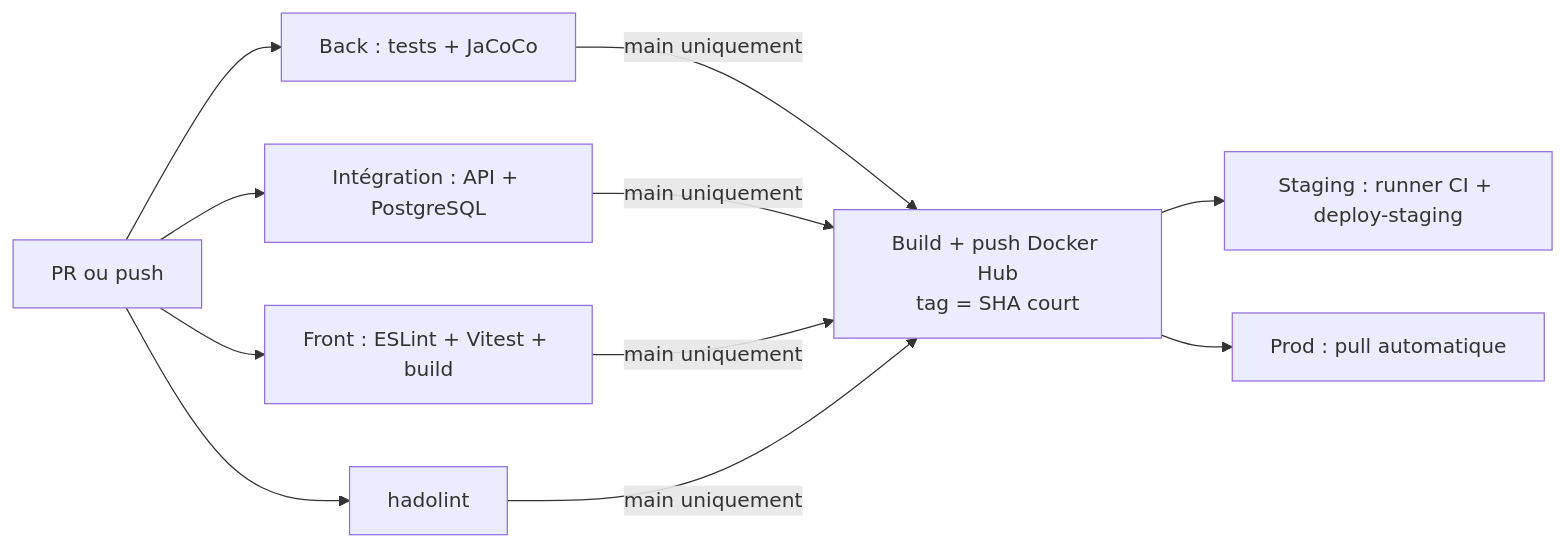
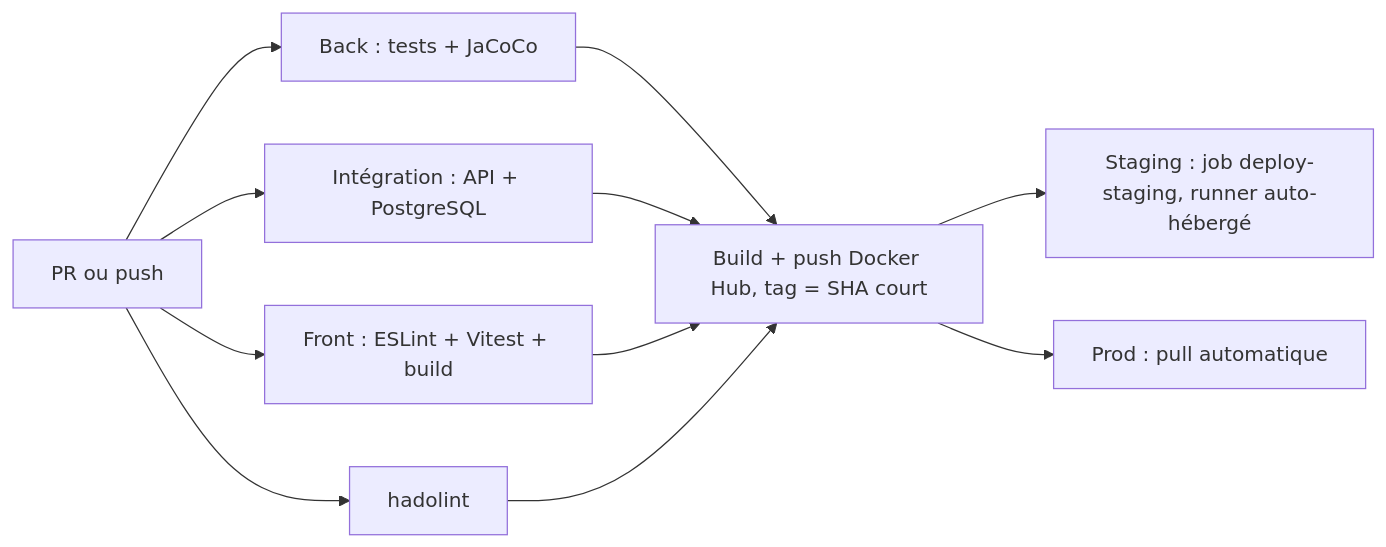
Before and after one commit to AnecV8/Projet-devops-avancee: the second of 2 diagrams in docs/dossier-projet.md, drawn with Mermaid. The commit also changed other lines of this file and 6 other files, not shown here.

First line of the commit message:
Feat(staging): VM de staging Linux avec Ansible, runner CI et procédures de maintenance (#18)

````diff
--- a/docs/dossier-projet.md
+++ b/docs/dossier-projet.md
@@ -95,10 +101,13 @@
 ```mermaid
 flowchart LR
-  pr[PR ou push] --> b[Back : tests + JaCoCo]
-  pr --> i[Intégration : API + PostgreSQL]
-  pr --> f[Front : ESLint + Vitest + build]
-  pr --> h[hadolint]
-  b & i & f & h -->|main uniquement| img[Build + push Docker Hub<br/>tag = SHA court]
-  img --> stg[Staging : runner CI + deploy-staging]
-  img --> prod[Prod : pull automatique]
+  pr["PR ou push"] --> b["Back : tests + JaCoCo"]
+  pr --> i["Intégration : API + PostgreSQL"]
+  pr --> f["Front : ESLint + Vitest + build"]
+  pr --> h["hadolint"]
+  b --> img["Build + push Docker Hub, tag = SHA court"]
+  i --> img
+  f --> img
+  h --> img
+  img --> stg["Staging : job deploy-staging, runner auto-hébergé"]
+  img --> prod["Prod : pull automatique"]
 ```
````
